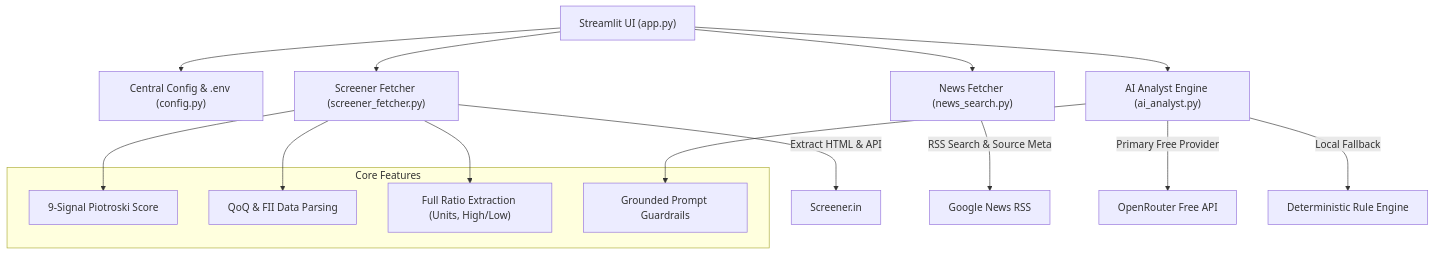
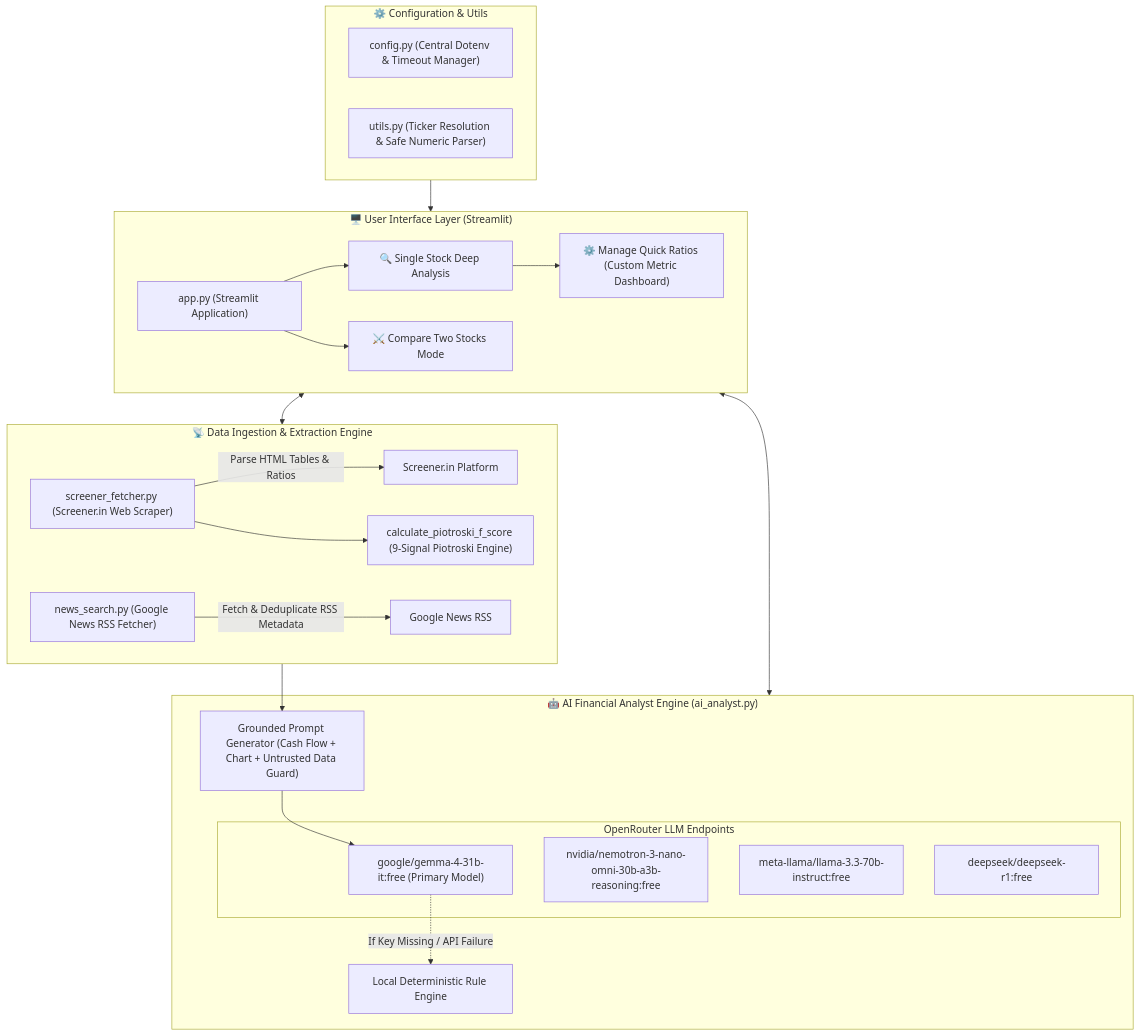
One commit to kvai9826/screener-ai-stock-analyzer changed the diagram in README.md. Above: the diagram before and after it, drawn with Mermaid. The commit also changed other lines of this file and 1 other file, not shown here.

Commit message:
Update README with visually appealing HLD diagram, factual technical details, and SEBI disclaimer

````diff
--- a/README.md
+++ b/README.md
@@ -9,25 +9,48 @@
 ```mermaid
-flowchart TD
-    UI["Streamlit UI (app.py)"] --> CFG["Central Config & .env (config.py)"]
-    UI --> SF["Screener Fetcher (screener_fetcher.py)"]
-    UI --> NF["News Fetcher (news_search.py)"]
-    UI --> AI["AI Analyst Engine (ai_analyst.py)"]
-
-    SF -->|Extract HTML & API| SCR["Screener.in"]
-    NF -->|RSS Search & Source Meta| GNEWS["Google News RSS"]
-
-    AI -->|Primary Free Provider| OR["OpenRouter Free API"]
-    AI -->|Local Fallback| RULE["Deterministic Rule Engine"]
-
-    subgraph Core Features
-        P9["9-Signal Piotroski Score"]
-        QOQ["QoQ & FII Data Parsing"]
-        RATIO["Full Ratio Extraction (Units, High/Low)"]
-        GROUND["Grounded Prompt Guardrails"]
+flowchart TB
+    subgraph UI_Layer ["🖥️ User Interface Layer (Streamlit)"]
+        APP["app.py (Streamlit Application)"]
+        MODE1["🔍 Single Stock Deep Analysis"]
+        MODE2["⚔️ Compare Two Stocks Mode"]
+        UI_METRICS["⚙️ Manage Quick Ratios (Custom Metric Dashboard)"]
+        
+        APP --> MODE1
+        APP --> MODE2
+        MODE1 --> UI_METRICS
     end
 
-    SF --> P9
-    SF --> QOQ
-    SF --> RATIO
-    AI --> GROUND
+    subgraph Config_Layer ["⚙️ Configuration & Utils"]
+        CFG["config.py (Central Dotenv & Timeout Manager)"]
+        UTIL["utils.py (Ticker Resolution & Safe Numeric Parser)"]
+    end
+
+    subgraph Data_Layer ["📡 Data Ingestion & Extraction Engine"]
+        SF["screener_fetcher.py (Screener.in Web Scraper)"]
+        NF["news_search.py (Google News RSS Fetcher)"]
+        P9["calculate_piotroski_f_score (9-Signal Piotroski Engine)"]
+
+        SF -->|Parse HTML Tables & Ratios| SCR["Screener.in Platform"]
+        SF --> P9
+        NF -->|Fetch & Deduplicate RSS Metadata| GNEWS["Google News RSS"]
+    end
+
+    subgraph AI_Layer ["🤖 AI Financial Analyst Engine (ai_analyst.py)"]
+        PROMPT["Grounded Prompt Generator (Cash Flow + Chart + Untrusted Data Guard)"]
+        FALLBACK["Local Deterministic Rule Engine"]
+
+        subgraph OpenRouter_Free_Models ["OpenRouter LLM Endpoints"]
+            G4["google/gemma-4-31b-it:free (Primary Model)"]
+            NEM["nvidia/nemotron-3-nano-omni-30b-a3b-reasoning:free"]
+            LL3["meta-llama/llama-3.3-70b-instruct:free"]
+            DS1["deepseek/deepseek-r1:free"]
+        end
+
+        PROMPT --> G4
+        G4 -.->|If Key Missing / API Failure| FALLBACK
+    end
+
+    UI_Layer <--> Data_Layer
+    UI_Layer <--> AI_Layer
+    Data_Layer --> PROMPT
+    Config_Layer --> UI_Layer
 ```
````
